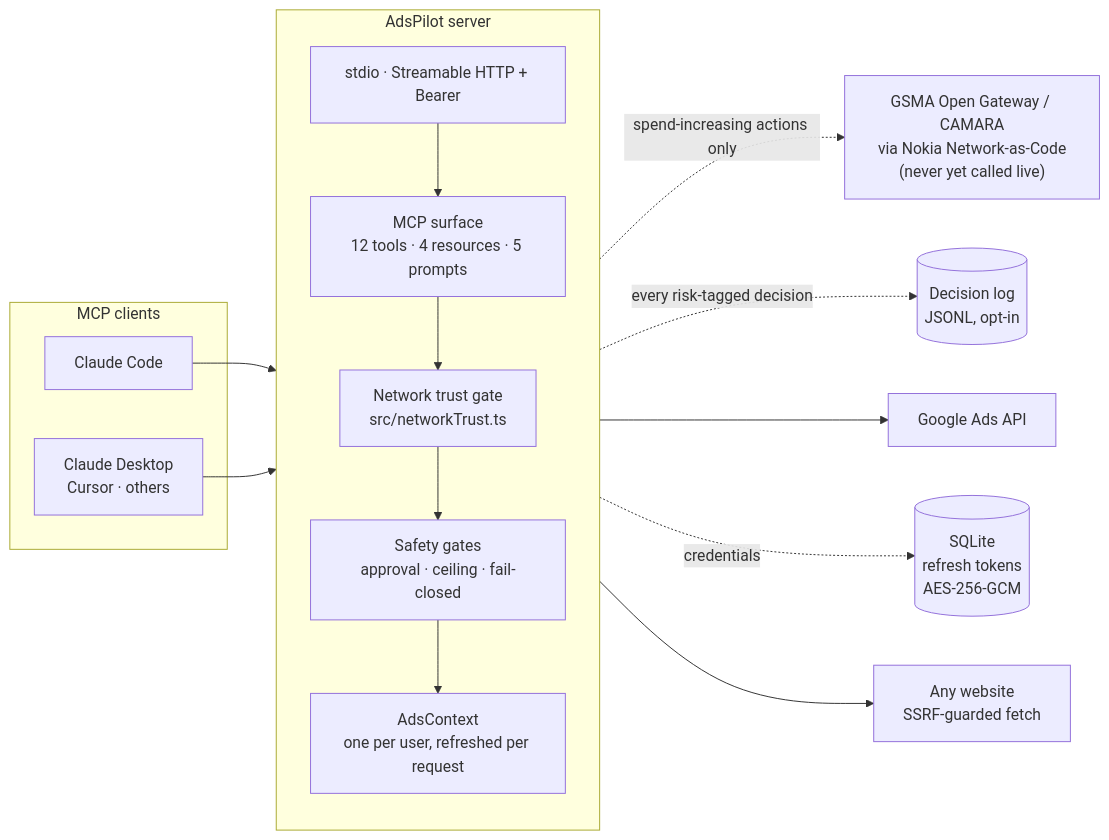
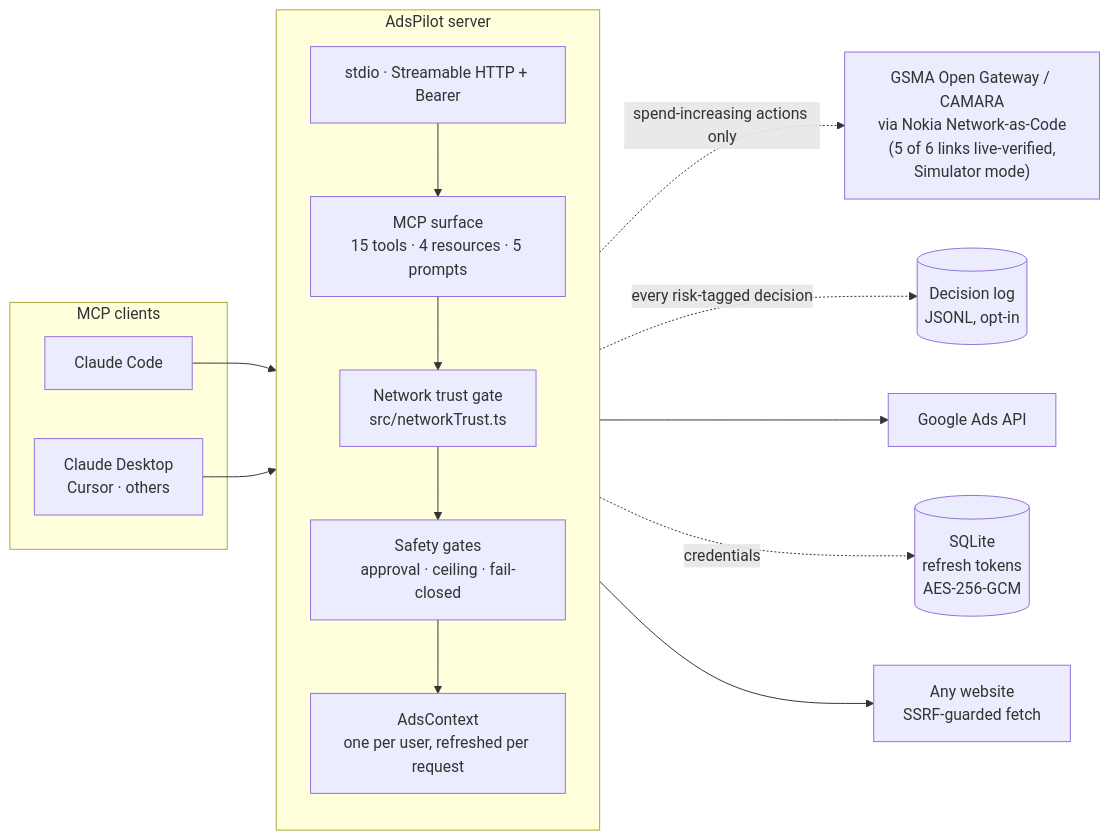
Before and after one commit to Xaena53/aegis: the third of 3 diagrams in README.md, drawn with Mermaid. The commit also changed other lines of this file and 8 other files, not shown here.

````diff
--- a/README.md
+++ b/README.md
@@ -356,34 +364,34 @@
 ```mermaid
 flowchart LR
     subgraph clients["MCP clients"]
         CC["Claude Code"]
         CD["Claude Desktop<br/>Cursor · others"]
     end
 
     subgraph server["AdsPilot server"]
         direction TB
         T["stdio · Streamable HTTP + Bearer"]
-        M["MCP surface<br/>12 tools · 4 resources · 5 prompts"]
+        M["MCP surface<br/>15 tools · 4 resources · 5 prompts"]
         NT["Network trust gate<br/>src/networkTrust.ts"]
         SG["Safety gates<br/>approval · ceiling · fail-closed"]
         AC["AdsContext<br/>one per user, refreshed per request"]
     end
 
     DB[("SQLite<br/>refresh tokens<br/>AES-256-GCM")]
     GA["Google Ads API"]
     WEB["Any website<br/>SSRF-guarded fetch"]
-    NAC["GSMA Open Gateway / CAMARA<br/>via Nokia Network-as-Code<br/>(never yet called live)"]
+    NAC["GSMA Open Gateway / CAMARA<br/>via Nokia Network-as-Code<br/>(5 of 6 links live-verified,<br/>Simulator mode)"]
     LOG[("Decision log<br/>JSONL, opt-in")]
 
     CC --> T
     CD --> T
     T --> M
     M --> NT
     NT -.spend-increasing actions only.-> NAC
     NT --> SG
     NT -.every risk-tagged decision.-> LOG
     SG --> AC
     AC --> GA
     AC -.credentials.-> DB
     M --> WEB
 ```
````
